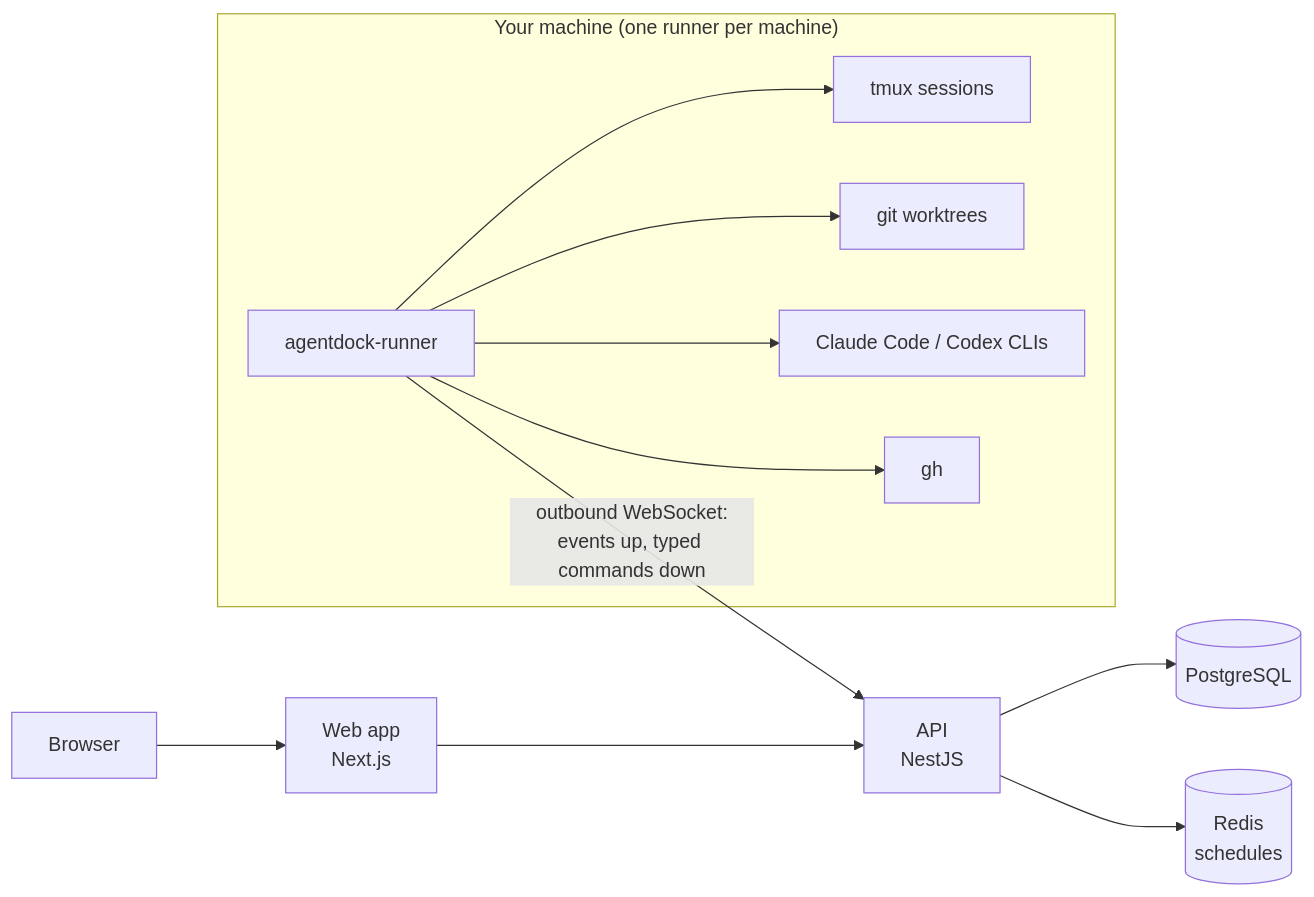
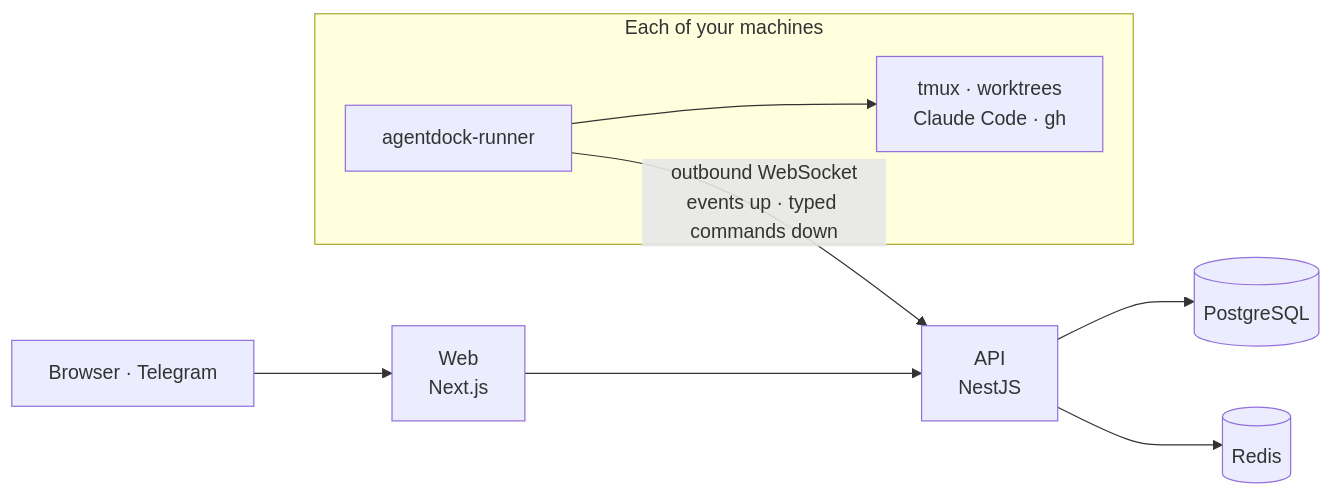
The second of 2 diagrams in README.md (AndreyBegma/AgentDock), drawn with Mermaid before and after one commit. The commit also changed other lines of this file and 2 other files, not shown here.

````diff
--- a/README.md
+++ b/README.md
@@ -104,21 +81,10 @@
 ```mermaid
 flowchart LR
-  browser["Browser"] --> web["Web app<br/>Next.js"]
-  web --> api["API<br/>NestJS"]
+  people["Browser · Telegram"] --> web["Web<br/>Next.js"] --> api["API<br/>NestJS"]
   api --> pg[("PostgreSQL")]
-  api --> redis[("Redis<br/>schedules")]
-
-  subgraph machine["Your machine (one runner per machine)"]
-    runner["agentdock-runner"]
-    tmux["tmux sessions"]
-    wt["git worktrees"]
-    cli["Claude Code / Codex CLIs"]
-    gh["gh"]
-    runner --> tmux
-    runner --> wt
-    runner --> cli
-    runner --> gh
+  api --> redis[("Redis")]
+  subgraph machine["Each of your machines"]
+    runner["agentdock-runner"] --> agents["tmux · worktrees<br/>Claude Code · gh"]
   end
-
-  runner -- "outbound WebSocket:<br/>events up, typed commands down" --> api
+  runner -- "outbound WebSocket<br/>events up · typed commands down" --> api
 ```
````
